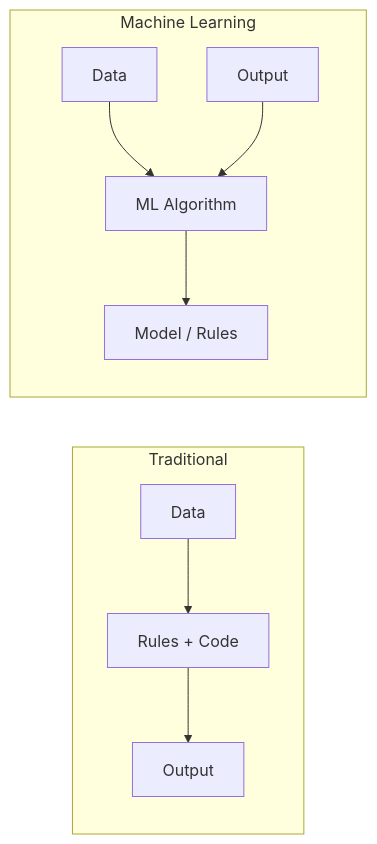
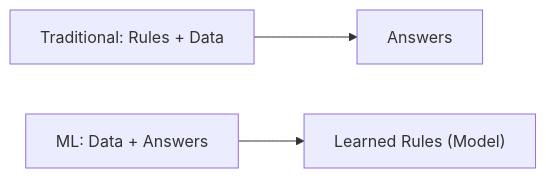
Before and after one commit to S1h2i3v4a/AI_ML: the diagram in lecture_23/Notes_23.01/README_HINGLISH.md, drawn with Mermaid. The commit also changed other lines of this file and 156 other files, not shown here.

Commit message:
docs(lectures 22-24): align notes with video lectures, add blackboard diagrams, clean structured functions, and compile vector PDFs

````diff
--- a/lecture_23/Notes_23.01/README_HINGLISH.md
+++ b/lecture_23/Notes_23.01/README_HINGLISH.md
@@ -29,11 +32,5 @@
 ```mermaid
-graph LR
-    subgraph Traditional
-        D1["Data"] --> P1["Rules + Code"] --> O1["Output"]
-    end
-    subgraph Machine Learning
-        D2["Data"] --> P2["ML Algorithm"]
-        O2["Output"] --> P2
-        P2 --> R2["Model / Rules"]
-    end
+flowchart LR
+    A["Traditional: Rules + Data"] --> B["Answers"]
+    C["ML: Data + Answers"] --> D["Learned Rules (Model)"]
 ```
````
